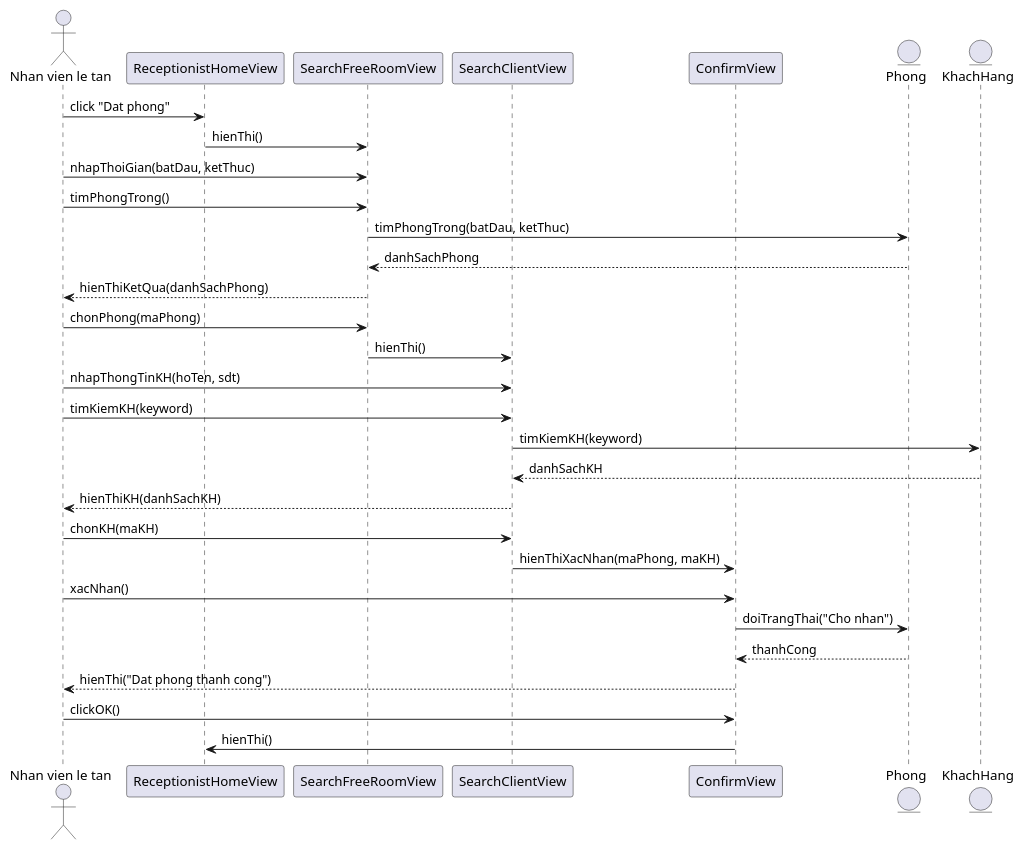
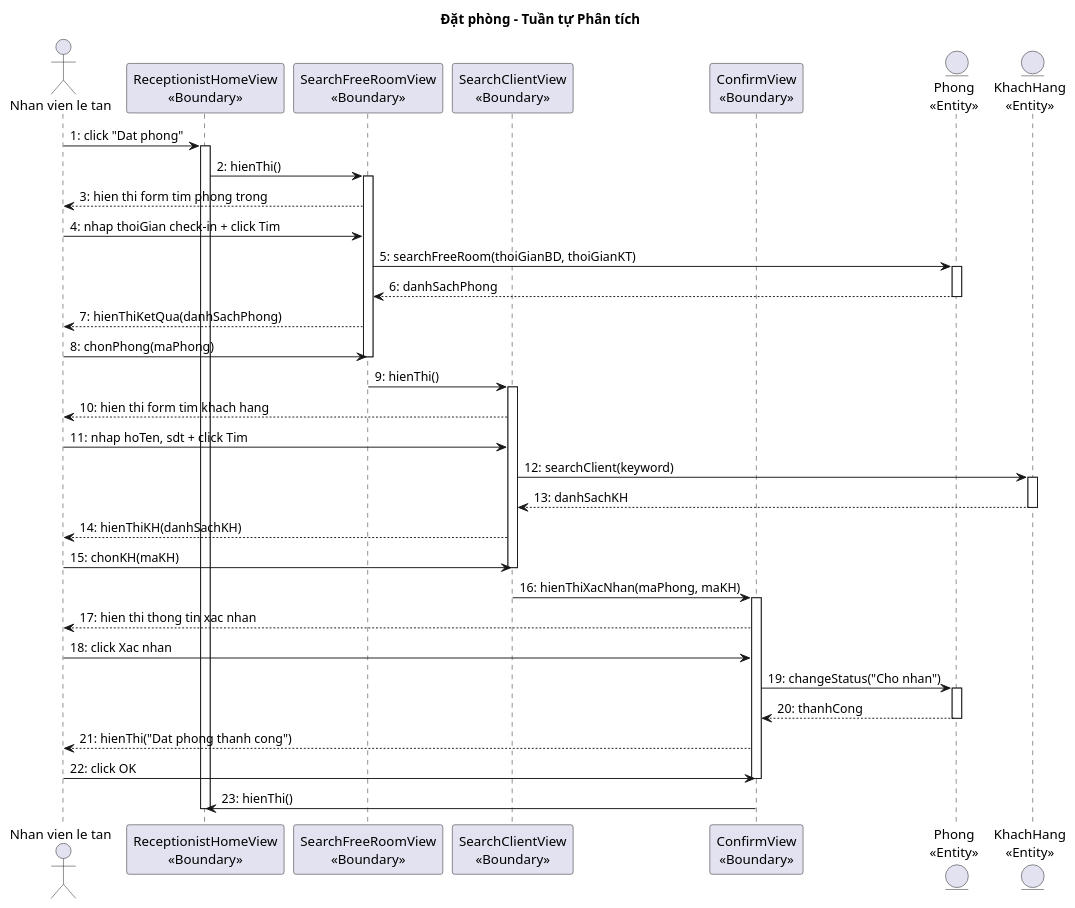
Before and after one commit to thanhtrnnn/cnpm: the fifth of 8 diagrams in docs/tabs/section-booking-ii.3-2.4.md, drawn with PlantUML. The commit also changed other lines of this file and 15 other files, not shown here.

First line of the commit message:
feat: add Phase II analysis BCE + sequence diagrams with narrative text

````diff
--- a/docs/tabs/section-booking-ii.3-2.4.md
+++ b/docs/tabs/section-booking-ii.3-2.4.md
@@ -220,34 +284,51 @@
 ```plantuml
 @startuml
+title Đặt phòng – Tuần tự Phân tích
+
 actor "Nhan vien le tan" as NV
-participant "ReceptionistHomeView" as Home
-participant "SearchFreeRoomView" as SearchRoom
-participant "SearchClientView" as SearchClient
-participant "ConfirmView" as Confirm
-entity "Phong" as Phong
-entity "KhachHang" as KH
+participant "ReceptionistHomeView\n<<Boundary>>" as Home
+participant "SearchFreeRoomView\n<<Boundary>>" as SearchRoom
+participant "SearchClientView\n<<Boundary>>" as SearchClient
+participant "ConfirmView\n<<Boundary>>" as Confirm
+entity "Phong\n<<Entity>>" as Phong
+entity "KhachHang\n<<Entity>>" as KH
 
-NV -> Home: click "Dat phong"
-Home -> SearchRoom: hienThi()
-NV -> SearchRoom: nhapThoiGian(batDau, ketThuc)
-NV -> SearchRoom: timPhongTrong()
-SearchRoom -> Phong: timPhongTrong(batDau, ketThuc)
-Phong --> SearchRoom: danhSachPhong
-SearchRoom --> NV: hienThiKetQua(danhSachPhong)
-NV -> SearchRoom: chonPhong(maPhong)
-SearchRoom -> SearchClient: hienThi()
-NV -> SearchClient: nhapThongTinKH(hoTen, sdt)
-NV -> SearchClient: timKiemKH(keyword)
-SearchClient -> KH: timKiemKH(keyword)
-KH --> SearchClient: danhSachKH
-SearchClient --> NV: hienThiKH(danhSachKH)
-NV -> SearchClient: chonKH(maKH)
-SearchClient -> Confirm: hienThiXacNhan(maPhong, maKH)
-NV -> Confirm: xacNhan()
-Confirm -> Phong: doiTrangThai("Cho nhan")
-Phong --> Confirm: thanhCong
-Confirm --> NV: hienThi("Dat phong thanh cong")
-NV -> Confirm: clickOK()
-Confirm -> Home: hienThi()
+NV -> Home : 1: click "Dat phong"
+activate Home
+Home -> SearchRoom : 2: hienThi()
+activate SearchRoom
+SearchRoom --> NV : 3: hien thi form tim phong trong
+NV -> SearchRoom : 4: nhap thoiGian check-in + click Tim
+SearchRoom -> Phong : 5: searchFreeRoom(thoiGianBD, thoiGianKT)
+activate Phong
+Phong --> SearchRoom : 6: danhSachPhong
+deactivate Phong
+SearchRoom --> NV : 7: hienThiKetQua(danhSachPhong)
+NV -> SearchRoom : 8: chonPhong(maPhong)
+deactivate SearchRoom
+SearchRoom -> SearchClient : 9: hienThi()
+activate SearchClient
+SearchClient --> NV : 10: hien thi form tim khach hang
+NV -> SearchClient : 11: nhap hoTen, sdt + click Tim
+SearchClient -> KH : 12: searchClient(keyword)
+activate KH
+KH --> SearchClient : 13: danhSachKH
+deactivate KH
+SearchClient --> NV : 14: hienThiKH(danhSachKH)
+NV -> SearchClient : 15: chonKH(maKH)
+deactivate SearchClient
+SearchClient -> Confirm : 16: hienThiXacNhan(maPhong, maKH)
+activate Confirm
+Confirm --> NV : 17: hien thi thong tin xac nhan
+NV -> Confirm : 18: click Xac nhan
+Confirm -> Phong : 19: changeStatus("Cho nhan")
+activate Phong
+Phong --> Confirm : 20: thanhCong
+deactivate Phong
+Confirm --> NV : 21: hienThi("Dat phong thanh cong")
+NV -> Confirm : 22: click OK
+deactivate Confirm
+Confirm -> Home : 23: hienThi()
+deactivate Home
 @enduml
 ```
````
